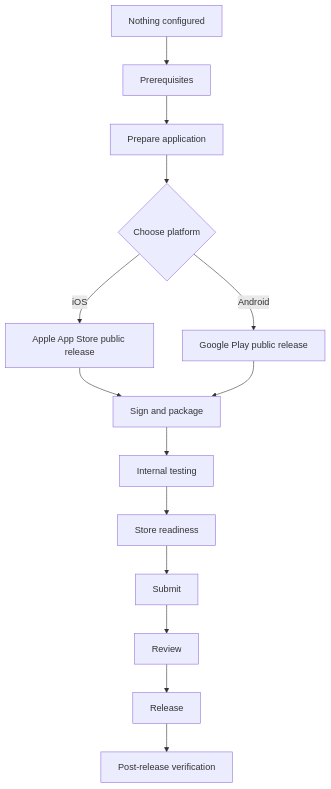
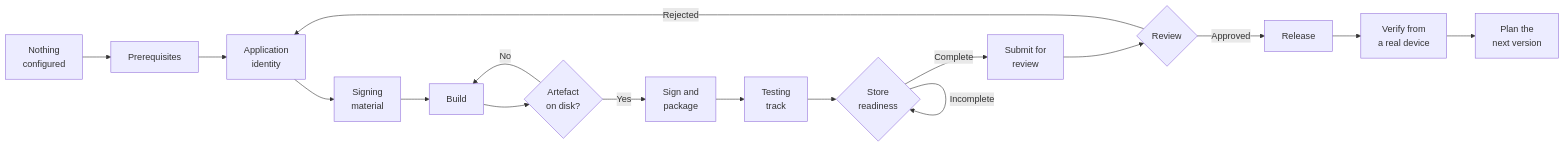
The second of 2 diagrams in start-here/choose-your-distribution-channel.md (brijeshspatel/csharp-project-005-dotnet-maui-app-distribution), drawn with Mermaid before and after one commit. The commit also changed other lines of this file and 18 other files, not shown here.

First line of the commit message:
docs: add navigation diagrams and drop version tokens from filenames

````diff
--- a/start-here/choose-your-distribution-channel.md
+++ b/start-here/choose-your-distribution-channel.md
@@ -23,31 +63,19 @@
 ```mermaid
-
-flowchart TD
-
-    A[Nothing configured] --> B[Prerequisites]
-
-    B --> C[Prepare application]
-
-    C --> D{Choose platform}
-
-    D -->|iOS| E[Apple App Store public release]
-
-    D -->|Android| F[Google Play public release]
-
-    E --> G[Sign and package]
-
-    F --> G
-
-    G --> H[Internal testing]
-
-    H --> I[Store readiness]
-
-    I --> J[Submit]
-
-    J --> K[Review]
-
-    K --> L[Release]
-
-    L --> M[Post-release verification]
-
+flowchart LR
+    A[Nothing<br/>configured] --> B[Prerequisites]
+    B --> C[Application<br/>identity]
+    C --> D[Signing<br/>material]
+    D --> E[Build]
+    E --> F{Artefact<br/>on disk?}
+    F -->|No| E
+    F -->|Yes| G[Sign and<br/>package]
+    G --> H[Testing<br/>track]
+    H --> I{Store<br/>readiness}
+    I -->|Incomplete| I
+    I -->|Complete| J[Submit for<br/>review]
+    J --> K{Review}
+    K -->|Rejected| C
+    K -->|Approved| L[Release]
+    L --> M[Verify from<br/>a real device]
+    M --> N[Plan the<br/>next version]
 ```
````
